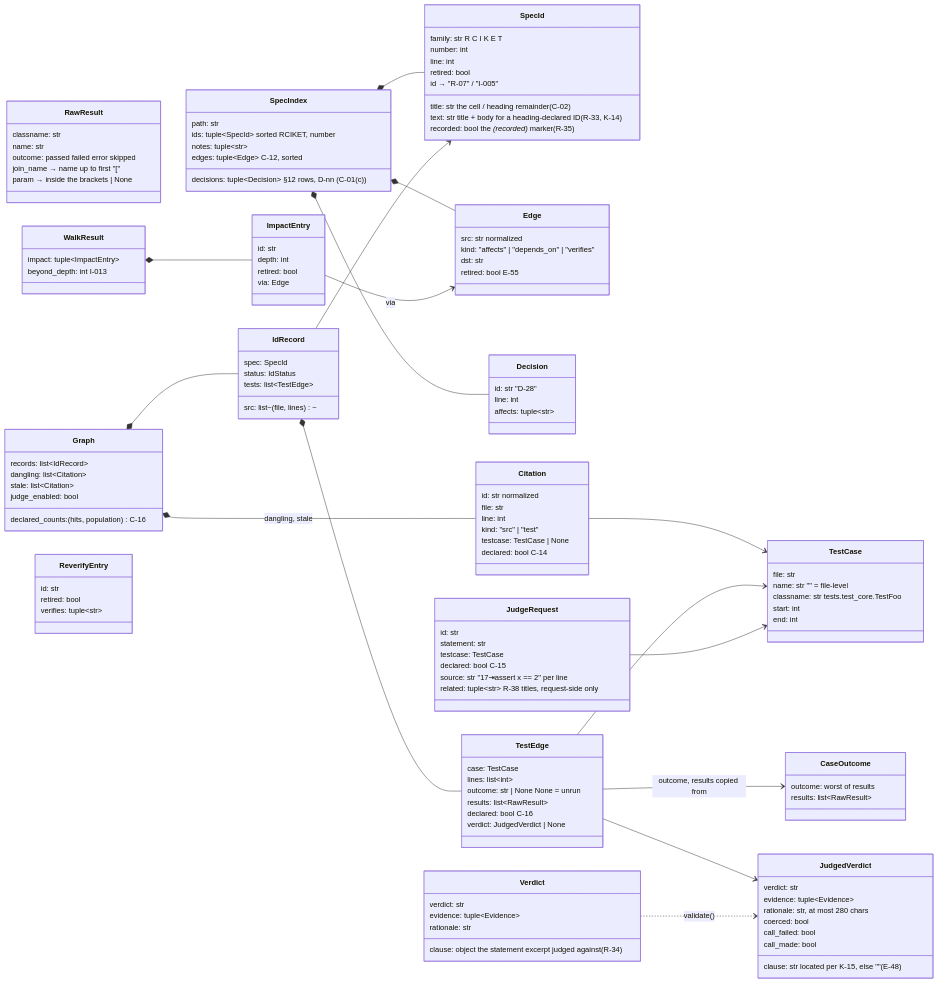
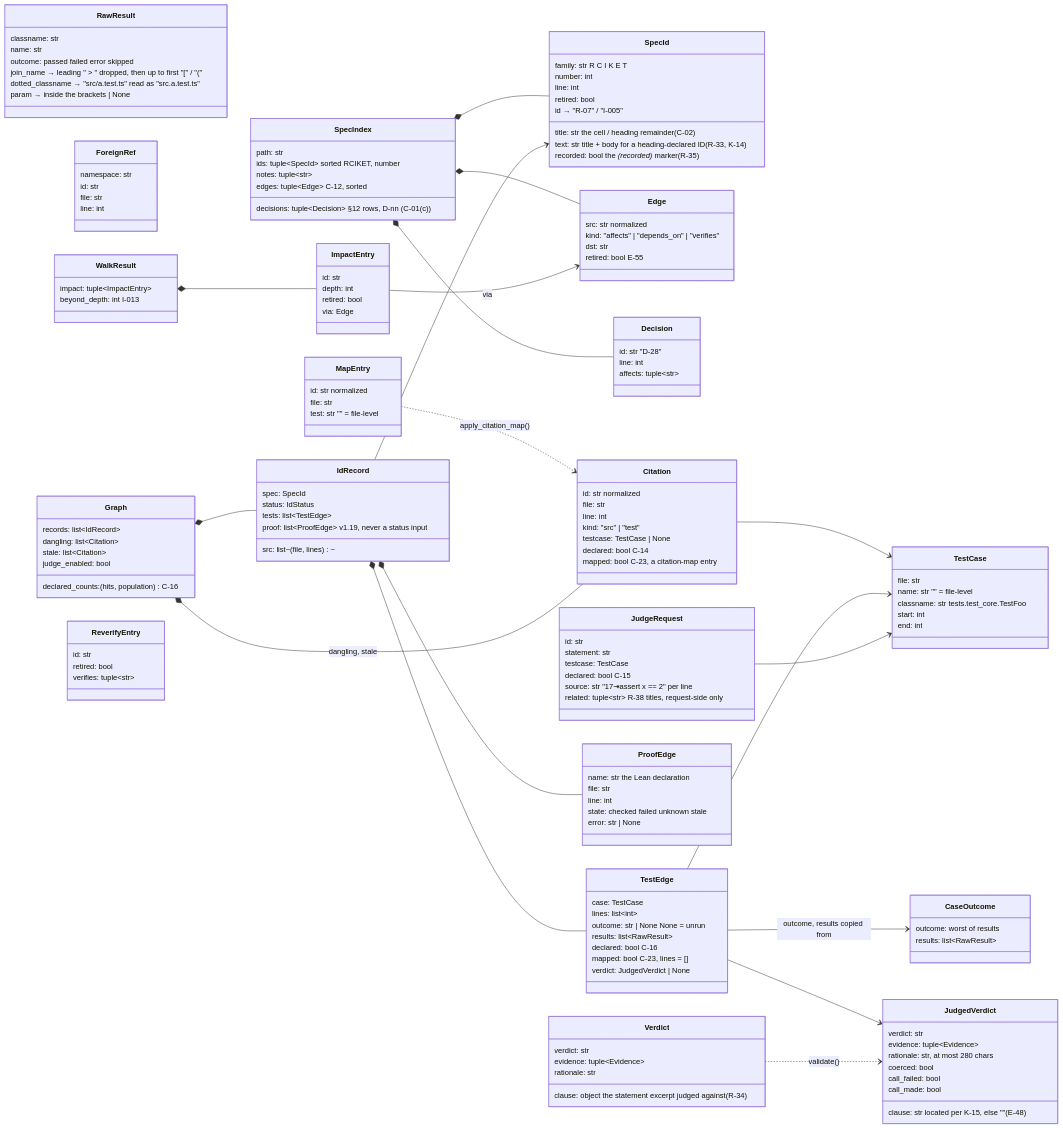
One commit to rioffe/speccheck changed the fifth of 12 diagrams in ARCHITECTURE.md. Above: the diagram before and after it, drawn with Mermaid. The commit also changed other lines of this file and 4 other files, not shown here.

First line of the commit message:
docs(architecture): bring ARCHITECTURE.md to v1.23.1

```diff
--- a/ARCHITECTURE.md
+++ b/ARCHITECTURE.md
@@ -289,12 +325,14 @@
         kind: "src" | "test"
         testcase: TestCase | None
         declared: bool  C-14
+        mapped: bool  C-23, a citation-map entry
     }
     class RawResult {
         classname: str
         name: str
         outcome: passed failed error skipped
-        join_name  →  name up to first "["
+        join_name  →  leading " > " dropped, then up to first "[" / "("
+        dotted_classname  →  "src/a.test.ts" read as "src.a.test.ts"
         param  →  inside the brackets | None
     }
     class CaseOutcome {
@@ -307,6 +345,7 @@
         outcome: str | None  None = unrun
         results: list~RawResult~
         declared: bool  C-16
+        mapped: bool  C-23, lines = []
         verdict: JudgedVerdict | None
     }
     class IdRecord {
@@ -314,6 +353,25 @@
         status: IdStatus
         src: list~(file, lines)~
         tests: list~TestEdge~
+        proof: list~ProofEdge~  v1.19, never a status input
+    }
+    class ProofEdge {
+        name: str  the Lean declaration
+        file: str
+        line: int
+        state: checked failed unknown stale
+        error: str | None
+    }
+    class ForeignRef {
+        namespace: str
+        id: str
+        file: str
+        line: int
+    }
+    class MapEntry {
+        id: str  normalized
+        file: str
+        test: str  "" = file-level
     }
     class Graph {
         records: list~IdRecord~
@@ -366,6 +424,8 @@
     Citation --> TestCase
     IdRecord --> SpecId
     IdRecord *-- TestEdge
+    IdRecord *-- ProofEdge
+    MapEntry ..> Citation : apply_citation_map()
     TestEdge --> TestCase
     TestEdge --> CaseOutcome : outcome, results copied from
     TestEdge --> JudgedVerdict
```
